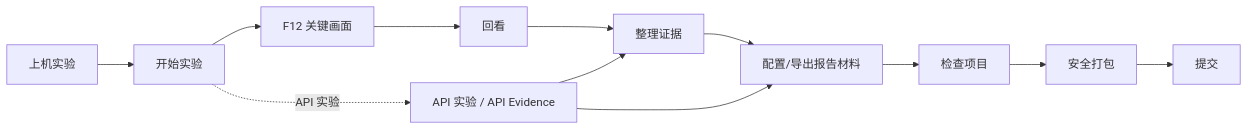
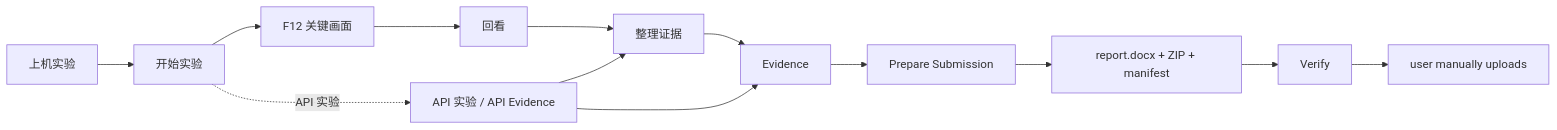
The diagram in README.en.md (sfwang3/CSBox), drawn with Mermaid before and after one commit. The commit also changed other lines of this file and 49 other files, not shown here.

````diff
--- a/README.en.md
+++ b/README.en.md
@@ -128,14 +132,15 @@
 ```mermaid
 flowchart LR
     A[上机实验] --> B[开始实验]
     B --> C[F12 关键画面]
     C --> D[回看]
     D --> E[整理证据]
-    E --> F[配置/导出报告材料]
-    F --> G[检查项目]
-    G --> H[安全打包]
-    H --> I[提交]
-    B -. API 实验 .-> J[API 实验 / API Evidence]
-    J --> E
-    J --> F
+    E --> F[Evidence]
+    F --> G[Prepare Submission]
+    G --> H[report.docx + ZIP + manifest]
+    H --> I[Verify]
+    I --> J[user manually uploads]
+    B -. API 实验 .-> K[API 实验 / API Evidence]
+    K --> E
+    K --> F
 ```
````
